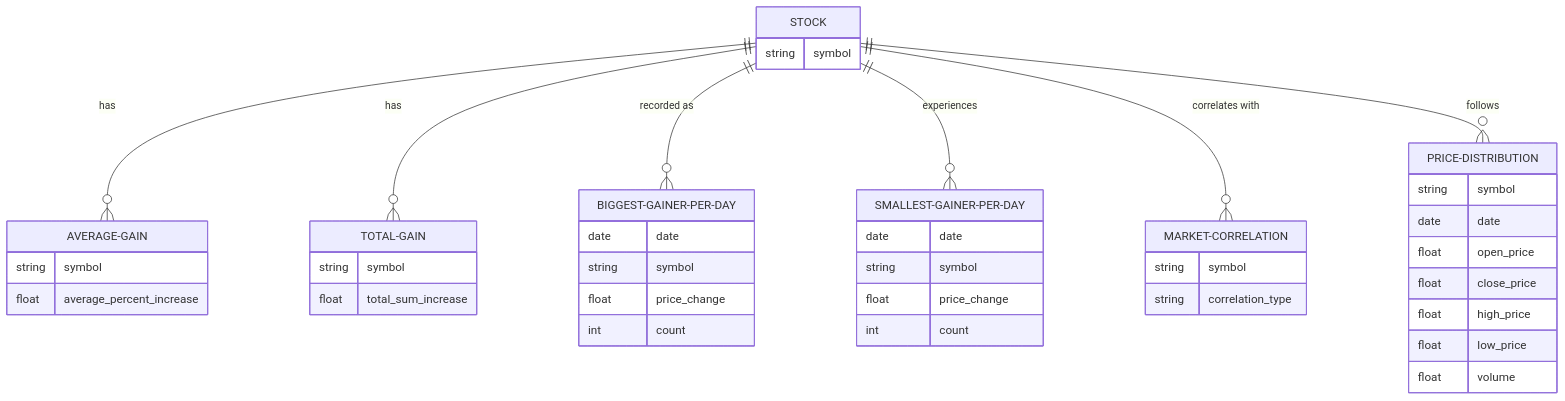
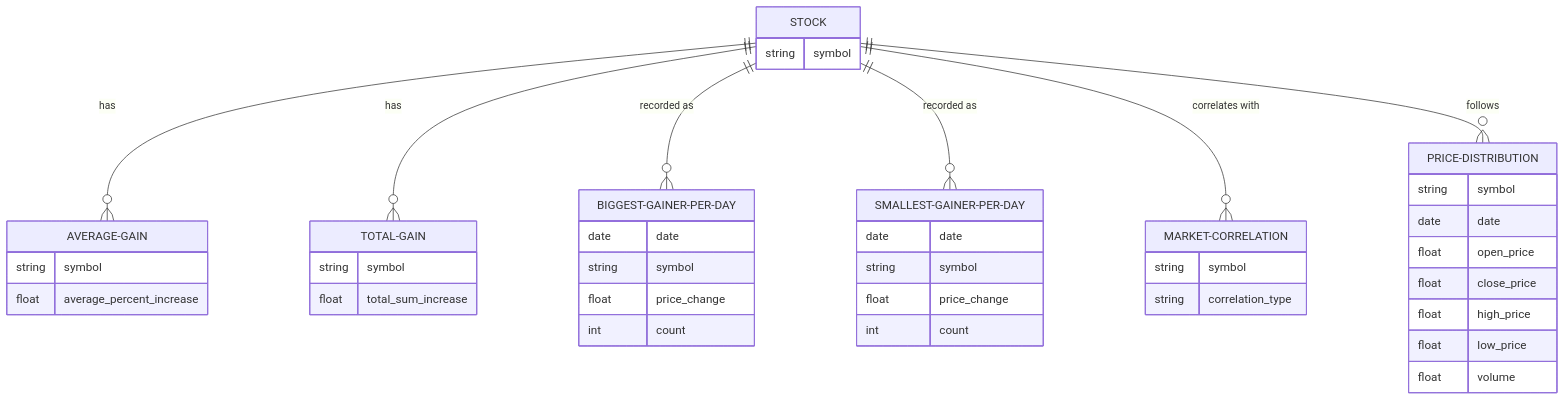
The diagram in ERD.md (rachelmdaniel/SP25_DS5111_rmd9ev), drawn with Mermaid before and after one commit. The commit also changed other lines of this file, not shown here.

Commit message:
Altering a label in ERD.md

````diff
--- a/ERD.md
+++ b/ERD.md
@@ -1,53 +1,53 @@
 ```mermaid
 erDiagram
 
     STOCK ||--o{ AVERAGE-GAIN : "has"
     STOCK ||--o{ TOTAL-GAIN : "has"
     STOCK ||--o{ BIGGEST-GAINER-PER-DAY : "recorded as"
-    STOCK ||--o{ SMALLEST-GAINER-PER-DAY : "experiences"
+    STOCK ||--o{ SMALLEST-GAINER-PER-DAY : "recorded as"
     STOCK ||--o{ MARKET-CORRELATION : "correlates with"
      STOCK ||--o{ PRICE-DISTRIBUTION : "follows"
 
     STOCK {
         string symbol
     }
 
     AVERAGE-GAIN {
         string symbol
         float average_percent_increase
     }
 
     TOTAL-GAIN {
         string symbol
         float total_sum_increase
     }
 
     BIGGEST-GAINER-PER-DAY {
         date date
         string symbol
         float price_change
         int count
     }
 
     SMALLEST-GAINER-PER-DAY  {
         date date
         string symbol
         float price_change
         int count
     }
 
     MARKET-CORRELATION {
         string symbol
         string correlation_type
     }
 
     PRICE-DISTRIBUTION {
         string symbol
         date date
         float open_price
         float close_price
         float high_price
         float low_price
         float volume
     }
 ```
````
